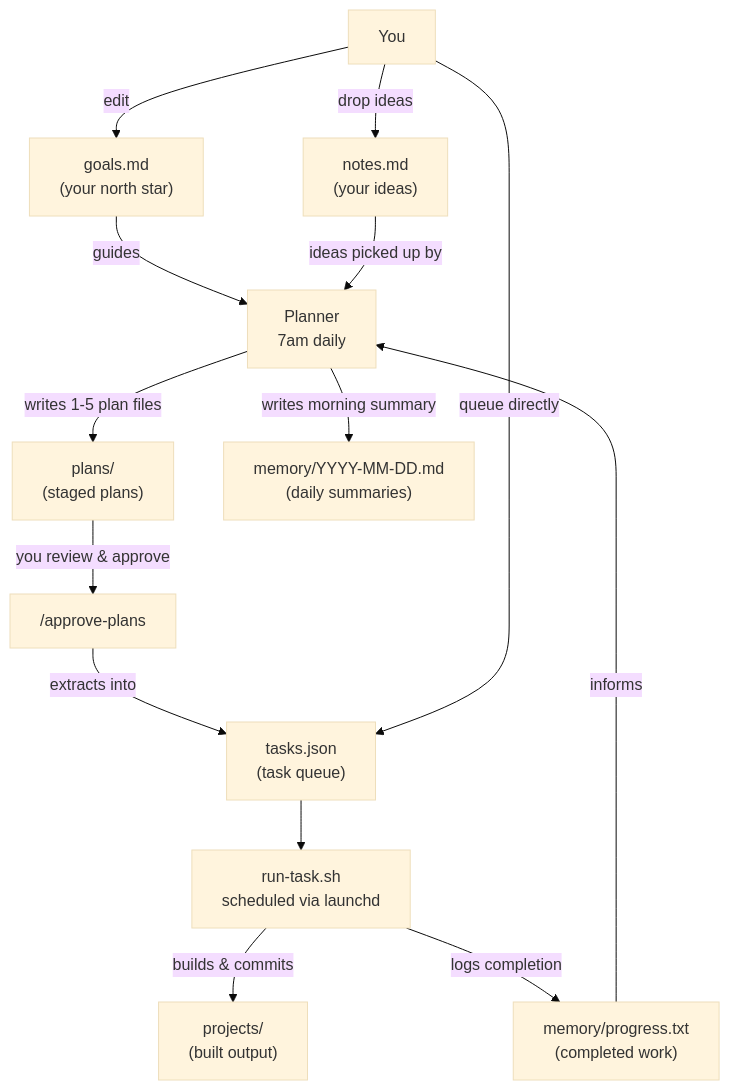
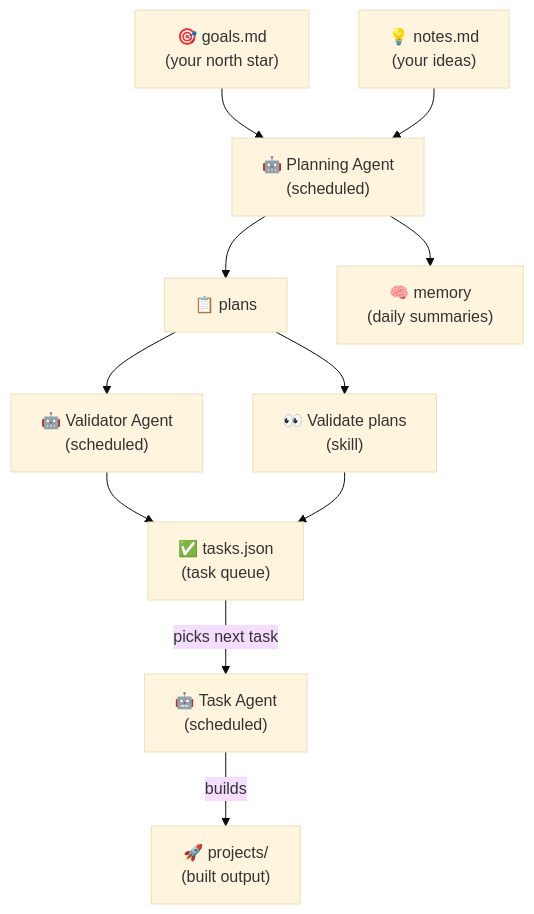
Before and after one commit to ben-rogerson/rawrbot: the diagram in README.md, drawn with Mermaid (base theme). The commit also changed other lines of this file and 6 other files, not shown here.

````diff
--- a/README.md
+++ b/README.md
@@ -9,28 +9,24 @@
 ```mermaid
 flowchart TD
-    goals["goals.md\n(your north star)"]
-    notes["notes.md\n(your ideas)"]
-    plans["plans/\n(staged plans)"]
-    tasks["tasks.json\n(task queue)"]
-    progress["memory/progress.txt\n(completed work)"]
-    memory["memory/YYYY-MM-DD.md\n(daily summaries)"]
-    projects["projects/\n(built output)"]
+    goals["🎯 goals.md\n(your north star)"]
+    notes["💡 notes.md\n(your ideas)"]
+    plans["📋 plans"]
+    tasks["✅ tasks.json\n(task queue)"]
+    memory["🧠 memory\n(daily summaries)"]
+    projects["🚀 projects/\n(built output)"]
 
-    plan["Planner\n7am daily"] -->|"writes 1-5 plan files"| plans
-    plan -->|"writes morning summary"| memory
+    plan["🤖 Planning Agent\n(scheduled)"] --> plans
+    plan --> memory
 
-    plans -->|"you review & approve"| approve["/approve-plans"]
-    approve -->|"extracts into"| tasks
+    plans --> validate["🤖 Validator Agent\n(scheduled)"]
+    plans --> approve["👀 Validate plans\n(skill)"]
+    validate --> tasks
+    approve --> tasks
 
-    tasks --> exec["run-task.sh\nscheduled via launchd"]
-    exec -->|"builds & commits"| projects
-    exec -->|"logs completion"| progress
+    schedule["🤖 Task Agent\n(scheduled)"]
+    tasks -->|"picks next task"| schedule
+    schedule -->|"builds"| projects
 
-    progress -->|"informs"| plan
-    goals -->|"guides"| plan
-    notes -->|"ideas picked up by"| plan
-
-    you["You"] -->|"edit"| goals
-    you -->|"drop ideas"| notes
-    you -->|"queue directly"| tasks
+    goals --> plan
+    notes --> plan
 ```
````
